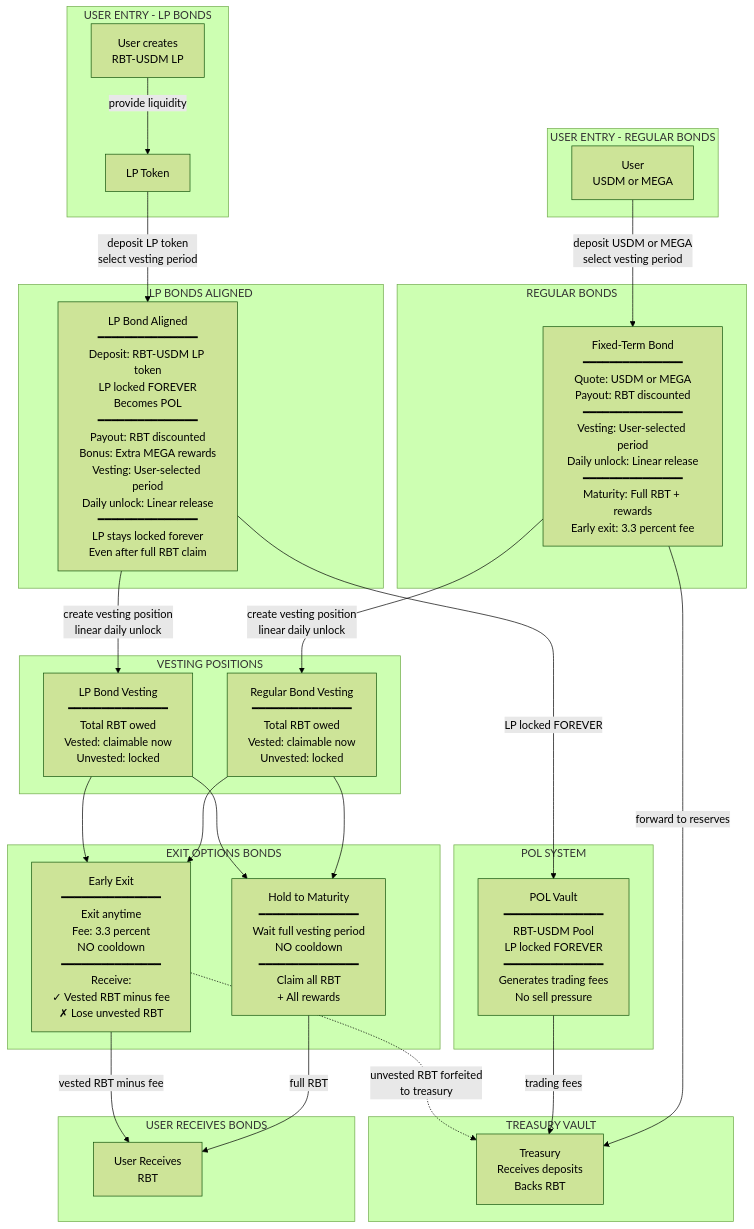
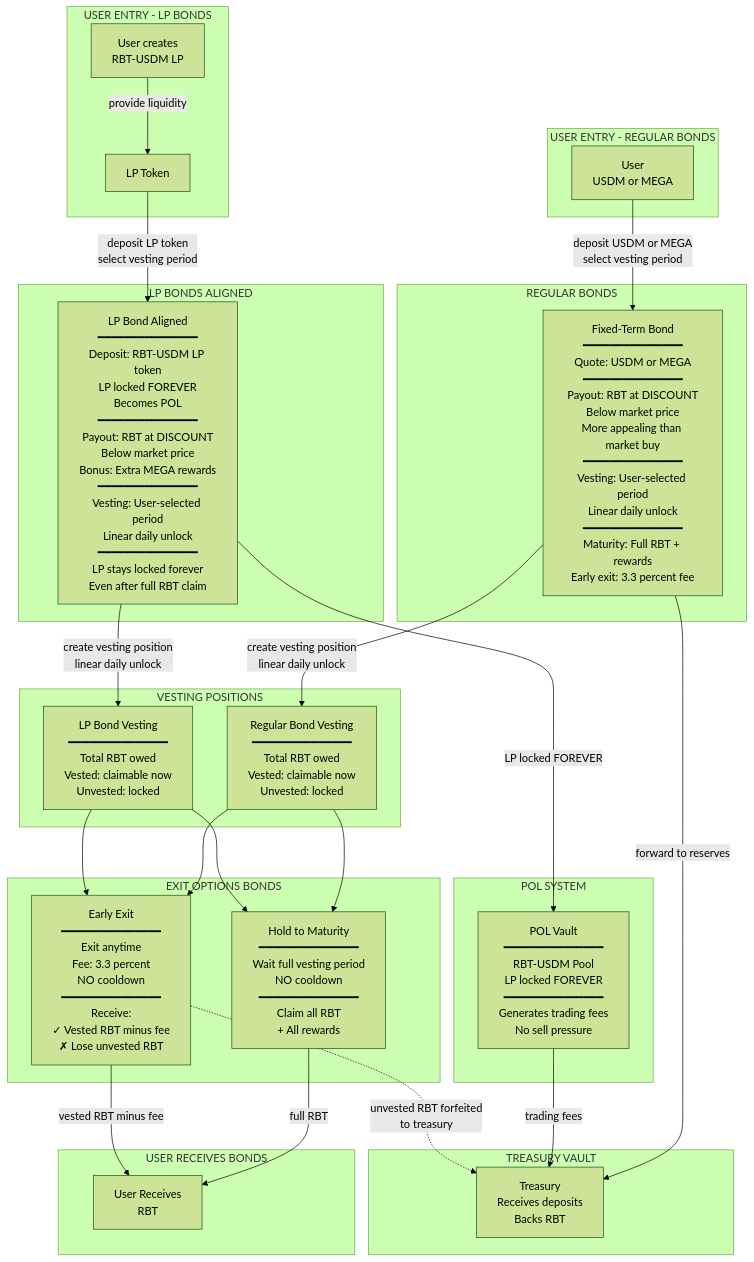
The third of 3 diagrams in blackhaven-complete-system.md (0xJaehaerys/ohmega), drawn with Mermaid (forest theme) before and after one commit.

Commit message:
Emphasize RBT discount: below market price, more appealing than market buy

````diff
--- a/blackhaven-complete-system.md
+++ b/blackhaven-complete-system.md
@@ -145,63 +145,63 @@
 ```mermaid
 graph TB
     subgraph "USER ENTRY - REGULAR BONDS"
         USER_REG[User<br/>USDM or MEGA]
     end
     
     subgraph "REGULAR BONDS"
-        BOND[Fixed-Term Bond<br/>━━━━━━━━━━━━━━━<br/>Quote: USDM or MEGA<br/>Payout: RBT discounted<br/>━━━━━━━━━━━━━━━<br/>Vesting: User-selected period<br/>Daily unlock: Linear release<br/>━━━━━━━━━━━━━━━<br/>Maturity: Full RBT + rewards<br/>Early exit: 3.3 percent fee]
+        BOND[Fixed-Term Bond<br/>━━━━━━━━━━━━━━━<br/>Quote: USDM or MEGA<br/>━━━━━━━━━━━━━━━<br/>Payout: RBT at DISCOUNT<br/>Below market price<br/>More appealing than market buy<br/>━━━━━━━━━━━━━━━<br/>Vesting: User-selected period<br/>Linear daily unlock<br/>━━━━━━━━━━━━━━━<br/>Maturity: Full RBT + rewards<br/>Early exit: 3.3 percent fee]
     end
     
     subgraph "USER ENTRY - LP BONDS"
         USER_LP_START[User creates<br/>RBT-USDM LP]
         LP_TOKEN[LP Token]
     end
     
     subgraph "LP BONDS ALIGNED"
-        LP_BOND[LP Bond Aligned<br/>━━━━━━━━━━━━━━━<br/>Deposit: RBT-USDM LP token<br/>LP locked FOREVER<br/>Becomes POL<br/>━━━━━━━━━━━━━━━<br/>Payout: RBT discounted<br/>Bonus: Extra MEGA rewards<br/>Vesting: User-selected period<br/>Daily unlock: Linear release<br/>━━━━━━━━━━━━━━━<br/>LP stays locked forever<br/>Even after full RBT claim]
+        LP_BOND[LP Bond Aligned<br/>━━━━━━━━━━━━━━━<br/>Deposit: RBT-USDM LP token<br/>LP locked FOREVER<br/>Becomes POL<br/>━━━━━━━━━━━━━━━<br/>Payout: RBT at DISCOUNT<br/>Below market price<br/>Bonus: Extra MEGA rewards<br/>━━━━━━━━━━━━━━━<br/>Vesting: User-selected period<br/>Linear daily unlock<br/>━━━━━━━━━━━━━━━<br/>LP stays locked forever<br/>Even after full RBT claim]
     end
     
     subgraph "TREASURY VAULT"
         TREASURY_BONDS[Treasury<br/>Receives deposits<br/>Backs RBT]
     end
     
     subgraph "POL SYSTEM"
         POL[POL Vault<br/>━━━━━━━━━━━━━━━<br/>RBT-USDM Pool<br/>LP locked FOREVER<br/>━━━━━━━━━━━━━━━<br/>Generates trading fees<br/>No sell pressure]
     end
     
     subgraph "VESTING POSITIONS"
         VESTING_REG[Regular Bond Vesting<br/>━━━━━━━━━━━━━━━<br/>Total RBT owed<br/>Vested: claimable now<br/>Unvested: locked]
         
         VESTING_LP[LP Bond Vesting<br/>━━━━━━━━━━━━━━━<br/>Total RBT owed<br/>Vested: claimable now<br/>Unvested: locked]
     end
     
     subgraph "EXIT OPTIONS BONDS"
         MAT_BOND[Hold to Maturity<br/>━━━━━━━━━━━━━━━<br/>Wait full vesting period<br/>NO cooldown<br/>━━━━━━━━━━━━━━━<br/>Claim all RBT<br/>+ All rewards]
         
         EARLY_BOND[Early Exit<br/>━━━━━━━━━━━━━━━<br/>Exit anytime<br/>Fee: 3.3 percent<br/>NO cooldown<br/>━━━━━━━━━━━━━━━<br/>Receive:<br/>✓ Vested RBT minus fee<br/>✗ Lose unvested RBT]
     end
     
     subgraph "USER RECEIVES BONDS"
         USER_OUT_BOND[User Receives<br/>RBT]
     end
     
     USER_REG -->|deposit USDM or MEGA<br/>select vesting period| BOND
     BOND -->|forward to reserves| TREASURY_BONDS
     BOND -->|create vesting position<br/>linear daily unlock| VESTING_REG
     
     USER_LP_START -->|provide liquidity| LP_TOKEN
     LP_TOKEN -->|deposit LP token<br/>select vesting period| LP_BOND
     LP_BOND -->|LP locked FOREVER| POL
     LP_BOND -->|create vesting position<br/>linear daily unlock| VESTING_LP
     
     POL -->|trading fees| TREASURY_BONDS
     
     VESTING_REG --> MAT_BOND
     VESTING_REG --> EARLY_BOND
     VESTING_LP --> MAT_BOND
     VESTING_LP --> EARLY_BOND
     
     MAT_BOND -->|full RBT| USER_OUT_BOND
     EARLY_BOND -->|vested RBT minus fee| USER_OUT_BOND
     EARLY_BOND -.->|unvested RBT forfeited<br/>to treasury| TREASURY_BONDS
 ```
````
